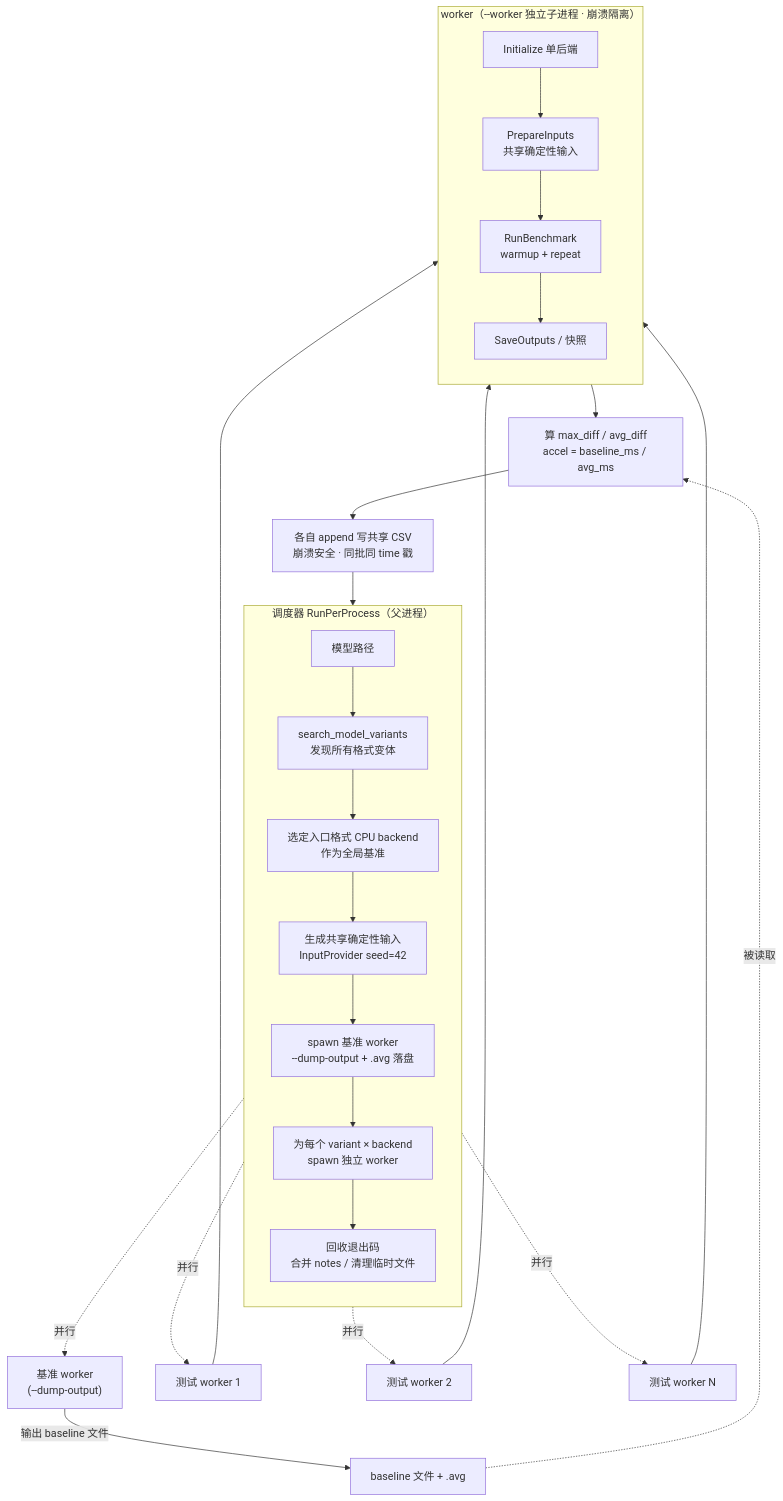
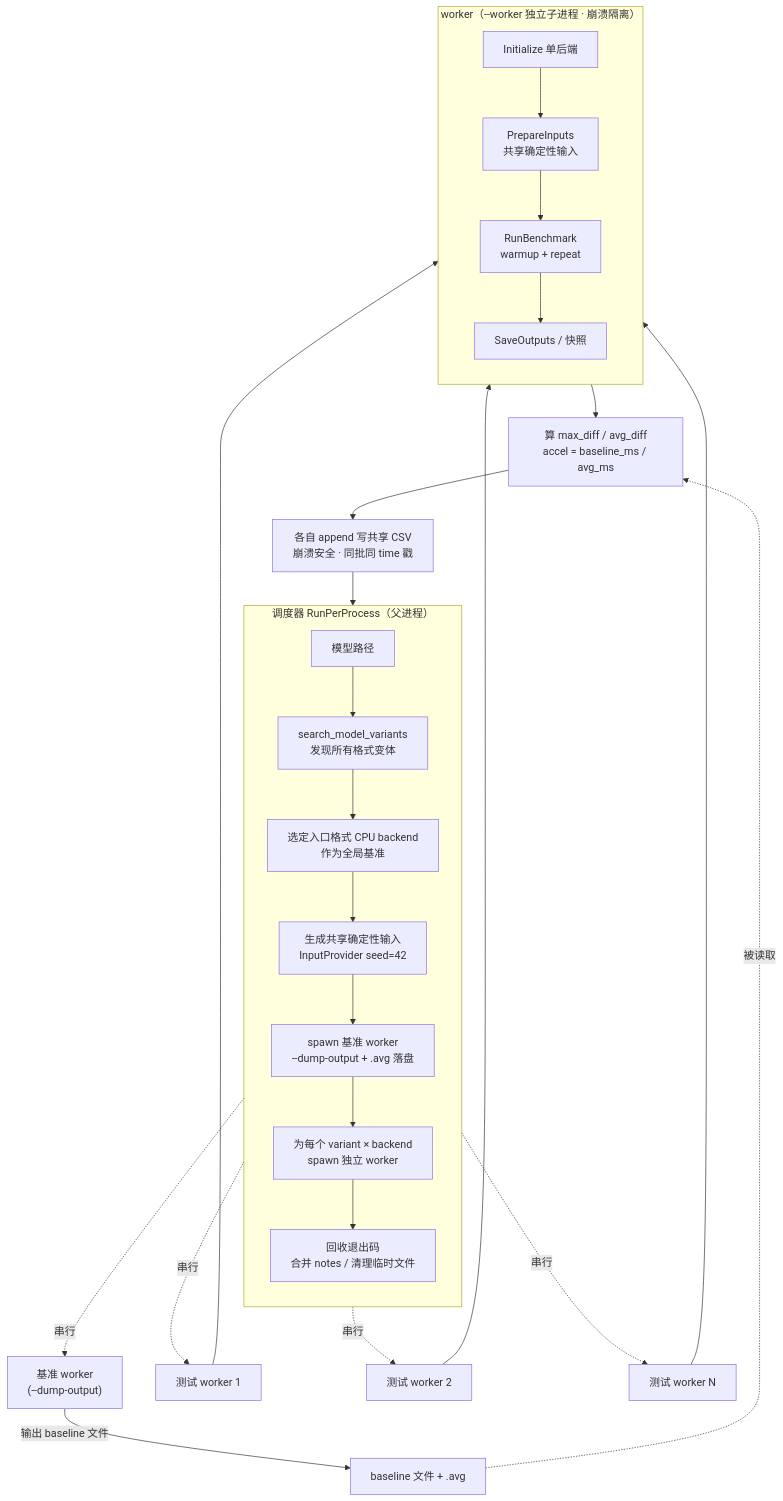
Before and after one commit to Panda-Young/unified_model_bench: the diagram in README.md, drawn with Mermaid. The commit also changed other lines of this file and 4 other files, not shown here.

````diff
--- a/README.md
+++ b/README.md
@@ -296,34 +458,34 @@
 ```mermaid
 flowchart TD
     subgraph SCHED["调度器 RunPerProcess（父进程）"]
         direction TB
         A["模型路径"] --> B["search_model_variants<br/>发现所有格式变体"]
         B --> C["选定入口格式 CPU backend<br/>作为全局基准"]
         C --> D["生成共享确定性输入<br/>InputProvider seed=42"]
         D --> E["spawn 基准 worker<br/>--dump-output + .avg 落盘"]
         E --> F["为每个 variant × backend<br/>spawn 独立 worker"]
         F --> G["回收退出码<br/>合并 notes / 清理临时文件"]
     end
 
-    E -.并行.-> BW["基准 worker<br/>(--dump-output)"]
-    F -.并行.-> W1["测试 worker 1"]
-    F -.并行.-> W2["测试 worker 2"]
-    F -.并行.-> WN["测试 worker N"]
+    E -.串行.-> BW["基准 worker<br/>(--dump-output)"]
+    F -.串行.-> W1["测试 worker 1"]
+    F -.串行.-> W2["测试 worker 2"]
+    F -.串行.-> WN["测试 worker N"]
 
     BW -->|"输出 baseline 文件"| BL["baseline 文件 + .avg"]
 
     subgraph W["worker（--worker 独立子进程 · 崩溃隔离）"]
         direction TB
         I["Initialize 单后端"] --> P["PrepareInputs<br/>共享确定性输入"]
         P --> R["RunBenchmark<br/>warmup + repeat"]
         R --> O["SaveOutputs / 快照"]
     end
 
     W1 --> I
     W2 --> I
     WN --> I
     BL -.被读取.-> Y["算 max_diff / avg_diff<br/>accel = baseline_ms / avg_ms"]
     O --> Y
     Y --> Z["各自 append 写共享 CSV<br/>崩溃安全 · 同批同 time 戳"]
     Z --> G
 ```
````
